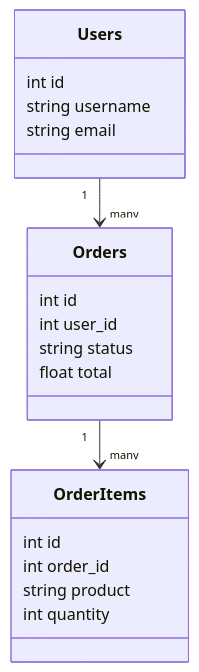
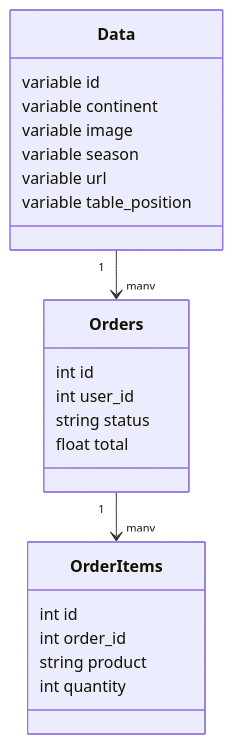
The diagram in database/diagram.mermaid (mauposad/epl-expected-threat), drawn with Mermaid before and after one commit. The commit also changed 3 other files, not shown here.

```diff
--- a/database/diagram.mermaid
+++ b/database/diagram.mermaid
@@ -1,23 +1,27 @@
 classDiagram
-    class Users {
-        int id
-        string username
-        string email
+    class Data {
+        variable id
+        variable continent
+        variable image
+        variable season
+        variable url
+        variable table_position
+        
     }
 
     class Orders {
         int id
         int user_id
         string status
         float total
     }
 
     class OrderItems {
         int id
         int order_id
         string product
         int quantity
     }
 
-    Users "1" --> "many" Orders
+    Data "1" --> "many" Orders
     Orders "1" --> "many" OrderItems
```
